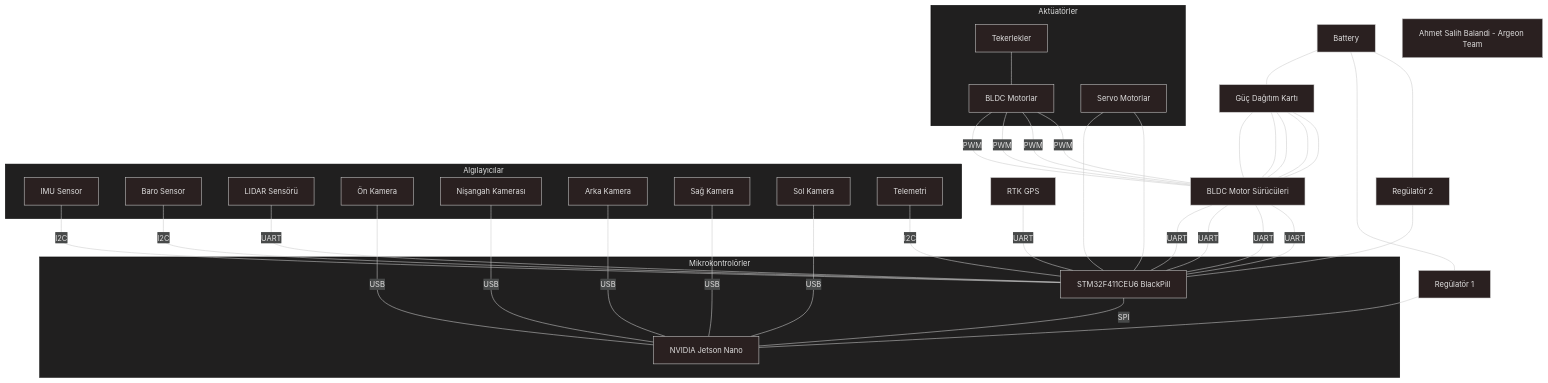
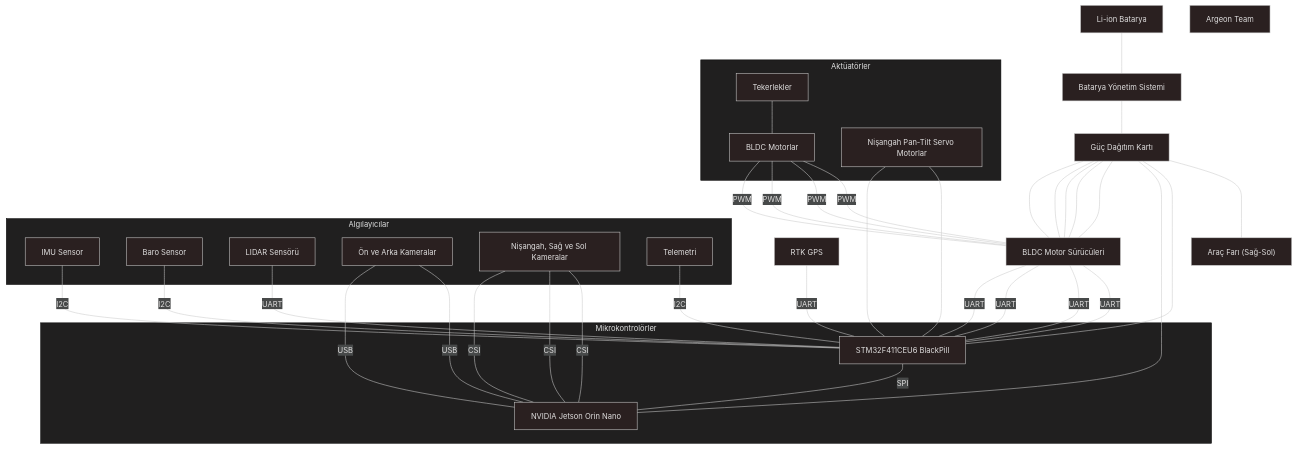
One commit to ahmetsalihbalandi/autopilot changed the diagram in autopilot_diagram.md. Above: the diagram before and after it, drawn with Mermaid.

````diff
--- a/autopilot_diagram.md
+++ b/autopilot_diagram.md
@@ -1,44 +1,43 @@
 ```mermaid
 ---
 config:
   theme: neo-dark
 ---
 flowchart TD
  subgraph s1["Mikrokontrolörler"]
-        Jetson_Nano["NVIDIA Jetson Nano"]
+        Jetson_Nano["NVIDIA Jetson Orin Nano"]
         STM["STM32F411CEU6 BlackPill"]
   end
  subgraph s2["Algılayıcılar"]
         IMU["IMU Sensor"]
         Baro["Baro Sensor"]
         LIDAR["LIDAR Sensörü"]
-        Camera1["Ön Kamera"]
-	Camera2["Nişangah Kamerası"]
-	Camera3["Arka Kamera"]
-	Camera4["Sağ Kamera"]
-        Camera5["Sol Kamera"]
+        Camera1["Ön ve Arka Kameralar"]
+	Camera2["Nişangah, Sağ ve Sol Kameralar"]
         Telemetry["Telemetri"]
   end
  subgraph s3["Aktüatörler"]
         Motors["BLDC Motorlar"]
-        sMotors["Servo Motorlar"]
+        sMotors["Nişangah Pan-Tilt Servo Motorlar"]
 	teker["Tekerlekler"]
   end
     teker --- Motors -- PWM --- Drivers["BLDC Motor Sürücüleri"] & Drivers & Drivers & Drivers
-    Battery --- Distributor["Güç Dağıtım Kartı"]
+    Battery["Li-ion Batarya"] --- BMS["Batarya Yönetim Sistemi"]
+    BMS["Batarya Yönetim Sistemi"] --- Distributor["Güç Dağıtım Kartı"]
     Distributor & Distributor & Distributor & Distributor & Distributor --- Drivers
     Drivers -- UART --- STM & STM & STM & STM
     LIDAR -- UART --- STM
     IMU -- I2C --- STM
     Baro -- I2C --- STM
     Telemetry -- I2C --- STM
     GPS["RTK GPS"] -- UART --- STM
-    Camera1 & Camera2 & Camera3 & Camera4 & Camera5 -- USB --- Jetson_Nano
+    Camera1 & Camera1 -- USB --- Jetson_Nano
+    Camera2 & Camera2 & Camera2 -- CSI --- Jetson_Nano
     STM -- SPI --- Jetson_Nano
-    Battery["Battery"] --- Regulator1["Regülatör 1"] & Regulator2["Regülatör 2"]
-    Regulator1 --- Jetson_Nano
-    Regulator2 --- STM
+    Distributor --- Jetson_Nano
+    Distributor --- STM
+    Distributor --- Far["Araç Farı (Sağ-Sol)"]
     sMotors --- STM & STM
 classDef footer fill:none,stroke:none,color:#000, font-style:italic;
-footer["Ahmet Salih Balandi - Argeon Team"]
+footer["Argeon Team"]
 ```
````
